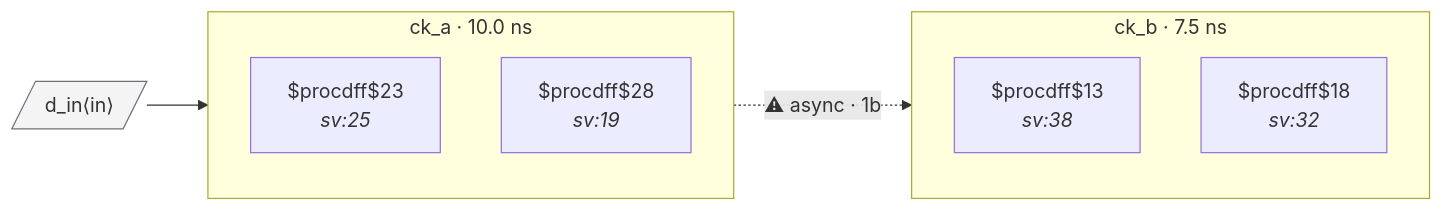
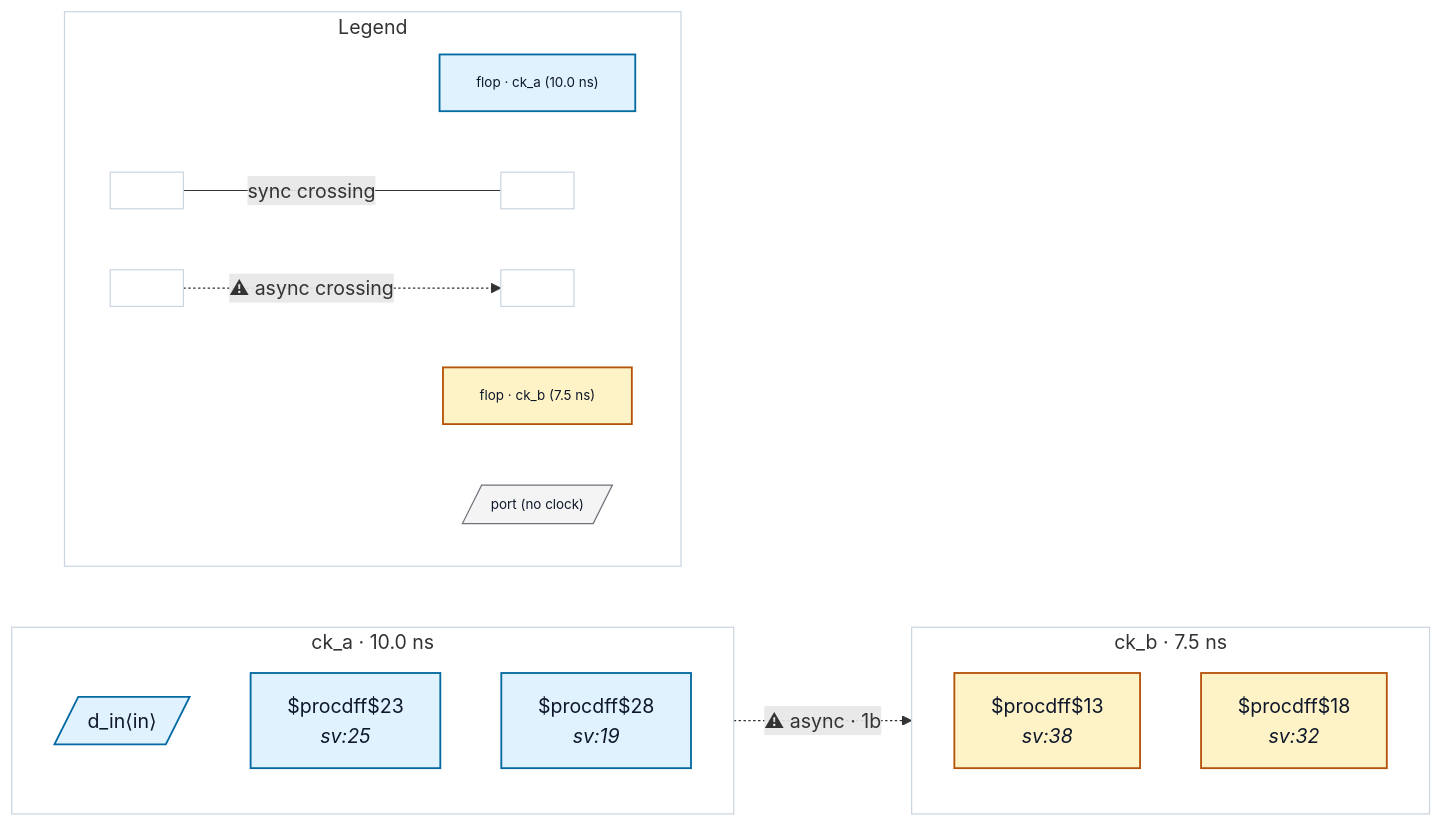
The diagram in tests/fixtures/good_false_path_pair/README.md (rtl-buddy/rtl-buddy-cdc), drawn with Mermaid before and after one commit. The commit also changed 71 other files, not shown here.

First line of the commit message:
Refresh fixture READMEs + render iterations (colors, legend, nested ports, clock-net edges)

````diff
--- a/tests/fixtures/good_false_path_pair/README.md
+++ b/tests/fixtures/good_false_path_pair/README.md
@@ -16,18 +16,42 @@
 ```mermaid
 %% good_false_path_pair — generated by rtl-buddy-cdc render
 flowchart LR
   subgraph clk_ck_a["ck_a · 10.0 ns"]
     direction TB
-    f_0a300c66["$procdff$23<br/><i>sv:25</i>"]
-    f_d868999c["$procdff$28<br/><i>sv:19</i>"]
+    p_in_d_in[/"d_in⟨in⟩"/]:::ckcls_ck_a
+    f_0a300c66["$procdff$23<br/><i>sv:25</i>"]:::ckcls_ck_a
+    f_d868999c["$procdff$28<br/><i>sv:19</i>"]:::ckcls_ck_a
   end
   subgraph clk_ck_b["ck_b · 7.5 ns"]
     direction TB
-    f_26b875e8["$procdff$13<br/><i>sv:38</i>"]
-    f_a24c8b6f["$procdff$18<br/><i>sv:32</i>"]
+    f_26b875e8["$procdff$13<br/><i>sv:38</i>"]:::ckcls_ck_b
+    f_a24c8b6f["$procdff$18<br/><i>sv:32</i>"]:::ckcls_ck_b
   end
-  p_in_d_in[/"d_in⟨in⟩"/]:::port
-  p_in_d_in --> f_0a300c66
   f_0a300c66 -. "⚠ async · 1b" .-> f_a24c8b6f
-  classDef port fill:#f4f4f5,stroke:#71717a
+  subgraph rb_legend["Legend"]
+    direction LR
+    lg_clk_ck_a["flop · ck_a (10.0 ns)"]:::ckcls_ck_a
+    lg_clk_ck_b["flop · ck_b (7.5 ns)"]:::ckcls_ck_b
+    lg_port[/"port (no clock)"/]:::port_unassigned
+    lg_sync_a[" "]:::ckcls_legend_neutral
+    lg_sync_b[" "]:::ckcls_legend_neutral
+    lg_async_a[" "]:::ckcls_legend_neutral
+    lg_async_b[" "]:::ckcls_legend_neutral
+    lg_sync_a --- |"sync crossing"| lg_sync_b
+    lg_async_a -. "⚠ async crossing" .-> lg_async_b
+  end
+  style clk_ck_a fill:none,stroke:#cbd5e1
+  style clk_ck_b fill:none,stroke:#cbd5e1
+  style rb_legend fill:none,stroke:#cbd5e1
+  style lg_clk_ck_a font-size:11px
+  style lg_clk_ck_b font-size:11px
+  style lg_port font-size:11px
+  style lg_sync_a font-size:11px
+  style lg_sync_b font-size:11px
+  style lg_async_a font-size:11px
+  style lg_async_b font-size:11px
+  classDef ckcls_ck_a fill:#e0f2fe,stroke:#0369a1,stroke-width:1.5px,color:#0f172a
+  classDef ckcls_ck_b fill:#fef3c7,stroke:#b45309,stroke-width:1.5px,color:#0f172a
+  classDef port_unassigned fill:#f4f4f5,stroke:#71717a,color:#0f172a
+  classDef ckcls_legend_neutral fill:#ffffff,stroke:#cbd5e1,stroke-width:1px,color:#0f172a
 ```
````
